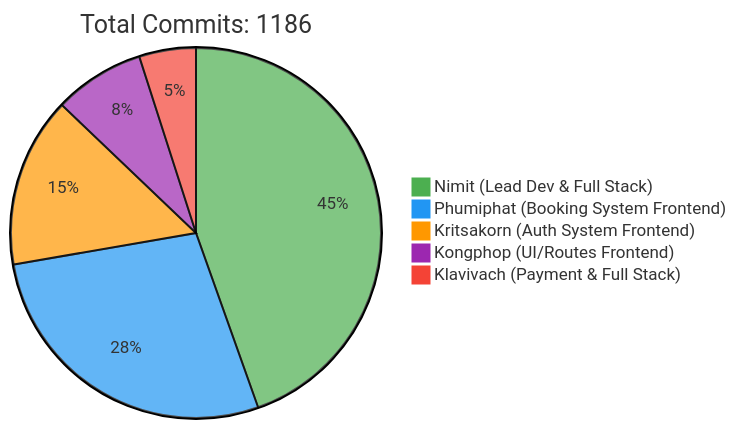
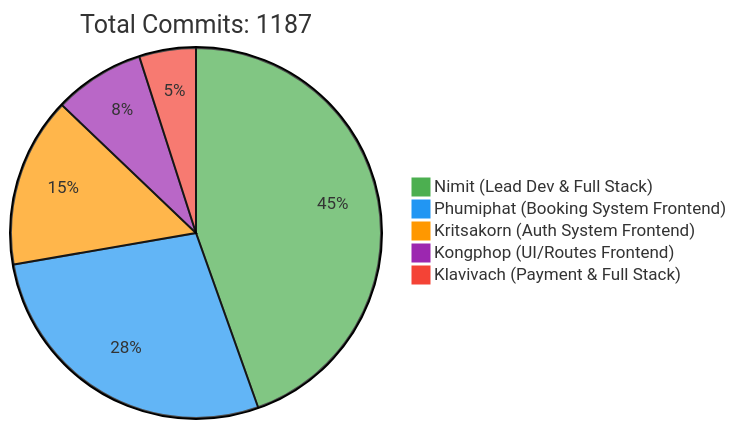
The first of 2 diagrams in README.md (6531503042/Sport-Complex), drawn with Mermaid before and after one commit. The commit also changed other lines of this file, not shown here.

Commit message:
docs: Update contributor statistics [skip ci]

````diff
--- a/README.md
+++ b/README.md
@@ -257,10 +257,10 @@
 ```mermaid
 %%{init: {'theme': 'base', 'themeVariables': { 'pie1': '#4CAF50', 'pie2': '#2196F3', 'pie3': '#FF9800', 'pie4': '#9C27B0', 'pie5': '#F44336'}}}%%
 pie
-    title Total Commits: 1186
+    title Total Commits: 1187
     "Nimit (Lead Dev & Full Stack)" : 450
     "Phumiphat (Booking System Frontend)" : 280
     "Kritsakorn (Auth System Frontend)" : 150
     "Kongphop (UI/Routes Frontend)" : 80
     "Klavivach (Payment & Full Stack)" : 50
 ```
````
